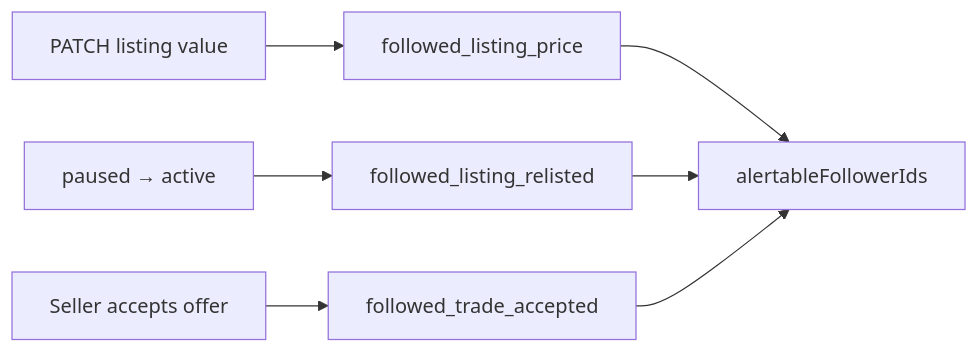
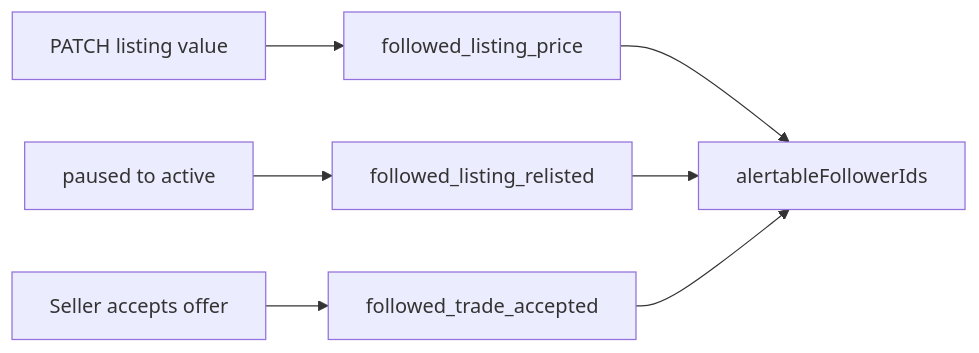
One commit to barterinfo/swaphaven-backend changed the ninth of 13 diagrams in docs/FOLLOW_FEATURE.md. Above: the diagram before and after it, drawn with Mermaid. The commit also changed other lines of this file and 2 other files, not shown here.

````diff
--- a/docs/FOLLOW_FEATURE.md
+++ b/docs/FOLLOW_FEATURE.md
@@ -280,10 +304,10 @@
 ```mermaid
 flowchart LR
   Price[PATCH listing value] --> P[followed_listing_price]
-  Relist[paused → active] --> R[followed_listing_relisted]
+  Relist[paused to active] --> R[followed_listing_relisted]
   Accept[Seller accepts offer] --> T[followed_trade_accepted]
 
   P --> Gate[alertableFollowerIds]
   R --> Gate
   T --> Gate
 ```
````
